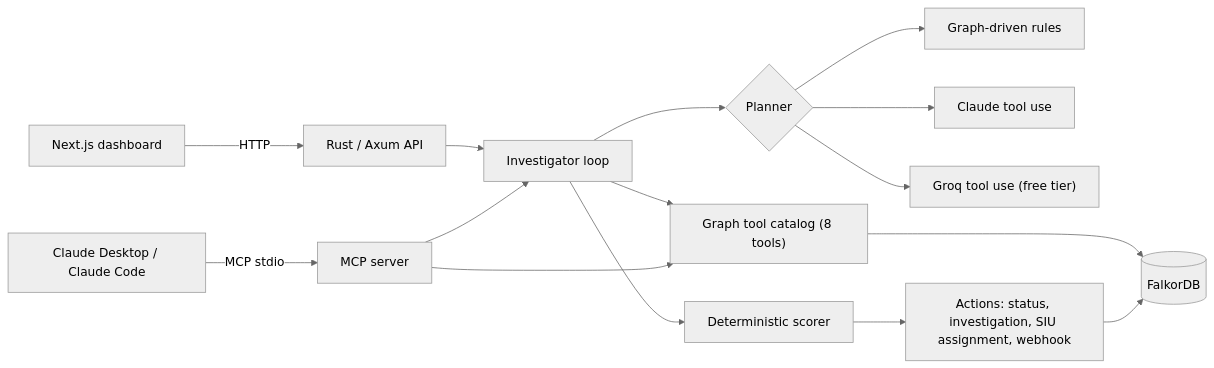
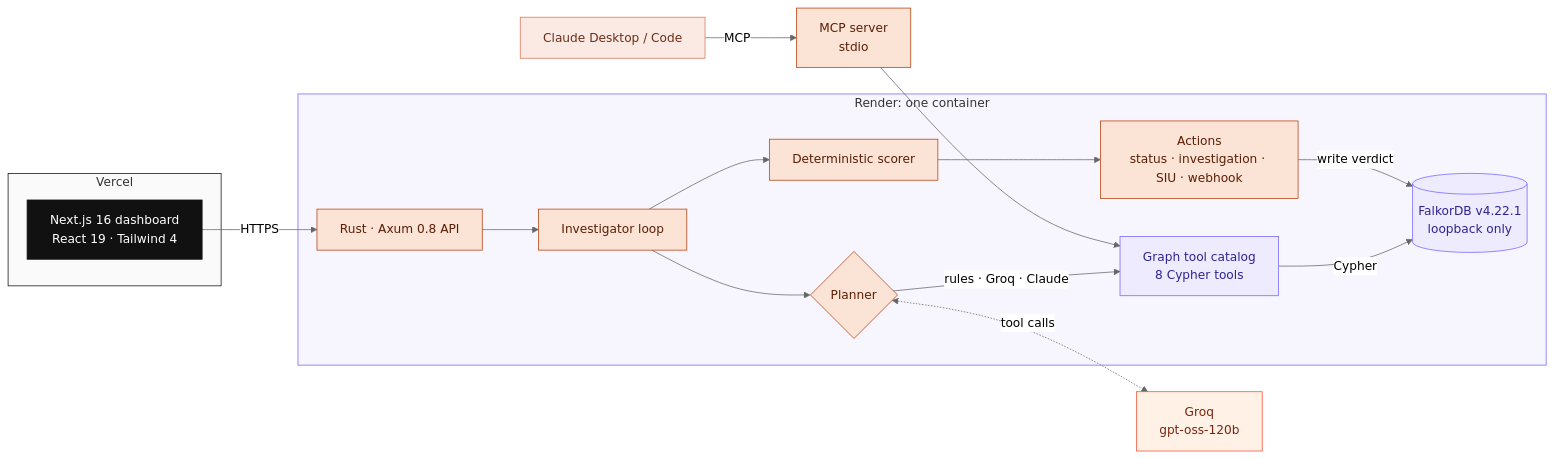
The second of 2 diagrams in README.md (alienx5499/Diktiax), drawn with Mermaid (neutral theme) before and after one commit. The commit also changed other lines of this file, not shown here.

Commit message:
docs: add architecture, screenshots, demo video and live links to README

````diff
--- a/README.md
+++ b/README.md
@@ -201,16 +208,39 @@
 ```mermaid
 flowchart LR
-    UI["Next.js dashboard"] -->|HTTP| API["Rust / Axum API"]
-    MCPC["Claude Desktop / Claude Code"] -->|MCP stdio| MCP["MCP server"]
-    API --> INV["Investigator loop"]
-    MCP --> INV
-    INV --> PL{"Planner"}
-    PL --> RB["Graph-driven rules"]
-    PL --> CL["Claude tool use"]
-    PL --> GQ["Groq tool use (free tier)"]
-    INV --> CAT["Graph tool catalog (8 tools)"]
-    MCP --> CAT
-    CAT --> DB[("FalkorDB")]
-    INV --> EVAL["Deterministic scorer"] --> ACT["Actions: status, investigation, SIU assignment, webhook"]
-    ACT --> DB
+    subgraph Vercel["Vercel"]
+        UI["Next.js 16 dashboard<br/>React 19 · Tailwind 4"]
+    end
+    subgraph Render["Render: one container"]
+        API["Rust · Axum 0.8 API"]
+        INV["Investigator loop"]
+        PL{"Planner"}
+        CAT["Graph tool catalog<br/>8 Cypher tools"]
+        EVAL["Deterministic scorer"]
+        ACT["Actions<br/>status · investigation · SIU · webhook"]
+        DB[("FalkorDB v4.22.1<br/>loopback only")]
+    end
+    GROQ["Groq<br/>gpt-oss-120b"]
+    CLAUDE["Claude Desktop / Code"]
+    MCP["MCP server<br/>stdio"]
+
+    UI -->|HTTPS| API
+    API --> INV --> PL
+    PL -->|rules · Groq · Claude| CAT
+    PL <-.->|tool calls| GROQ
+    CAT -->|Cypher| DB
+    INV --> EVAL --> ACT -->|write verdict| DB
+    CLAUDE -->|MCP| MCP --> CAT
+
+    classDef web fill:#111111,stroke:#111111,color:#ffffff
+    classDef rust fill:#FBE3D6,stroke:#B7410E,color:#5A1F06
+    classDef fdb fill:#EEEBFF,stroke:#7466FF,color:#2E2490
+    classDef ai fill:#FFF1E6,stroke:#F55036,color:#7A2410
+    classDef claude fill:#FBEAE3,stroke:#D97757,color:#6B2E18
+    class UI web
+    class API,INV,PL,EVAL,ACT,MCP rust
+    class CAT,DB fdb
+    class GROQ ai
+    class CLAUDE claude
+    style Vercel fill:#FAFAFA,stroke:#111111
+    style Render fill:#F7F6FF,stroke:#7466FF
 ```
````
